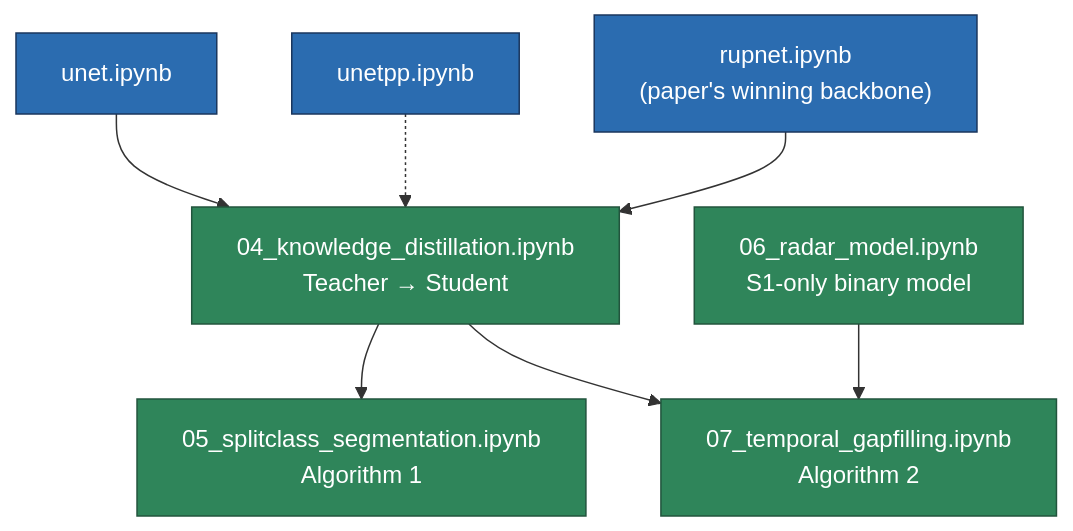
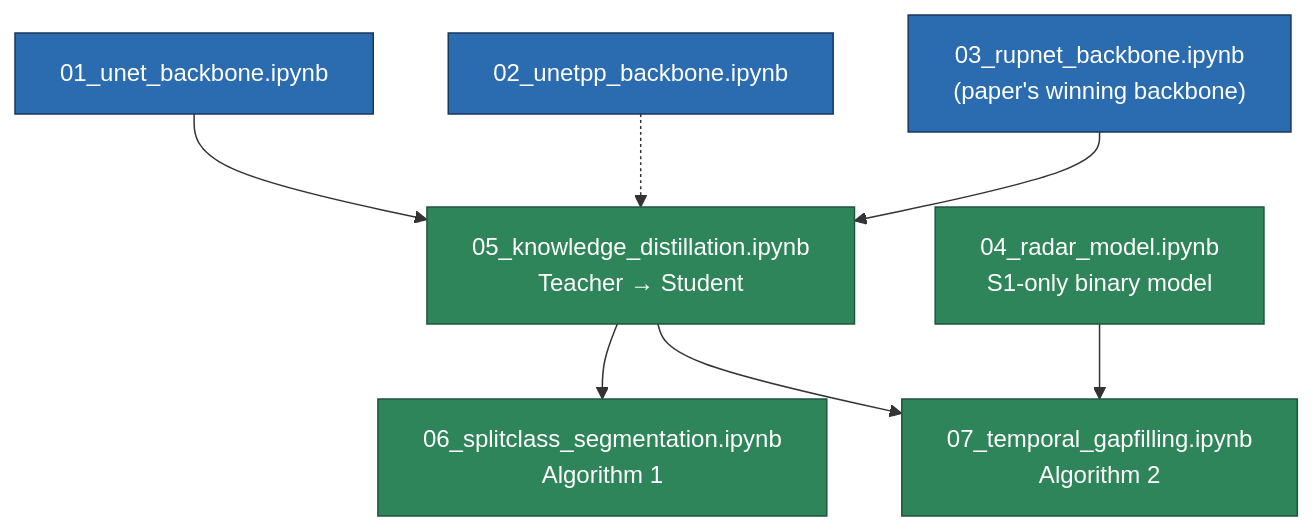
The second of 2 diagrams in README.md (Tetra4ge/flood-segmentation-sentinel12), drawn with Mermaid before and after one commit. The commit also changed other lines of this file and 8 other files, not shown here.

````diff
--- a/README.md
+++ b/README.md
@@ -84,22 +84,22 @@
 ```mermaid
 flowchart TD
-    A["unet.ipynb"]
-    B["unetpp.ipynb"]
-    C["rupnet.ipynb\n(paper's winning backbone)"]
-    D["04_knowledge_distillation.ipynb\nTeacher → Student"]
-    E["05_splitclass_segmentation.ipynb\nAlgorithm 1"]
-    F["06_radar_model.ipynb\nS1-only binary model"]
+    A["01_unet_backbone.ipynb"]
+    B["02_unetpp_backbone.ipynb"]
+    C["03_rupnet_backbone.ipynb\n(paper's winning backbone)"]
+    D["05_knowledge_distillation.ipynb\nTeacher → Student"]
+    E["06_splitclass_segmentation.ipynb\nAlgorithm 1"]
+    F["04_radar_model.ipynb\nS1-only binary model"]
     G["07_temporal_gapfilling.ipynb\nAlgorithm 2"]
 
     A --> D
     B -.-> D
     C --> D
     D --> E
     D --> G
     F --> G
 
     classDef backbone fill:#2b6cb0,stroke:#1a365d,color:#fff
     classDef stage fill:#2f855a,stroke:#22543d,color:#fff
     class A,B,C backbone
     class D,E,F,G stage
 ```
````
